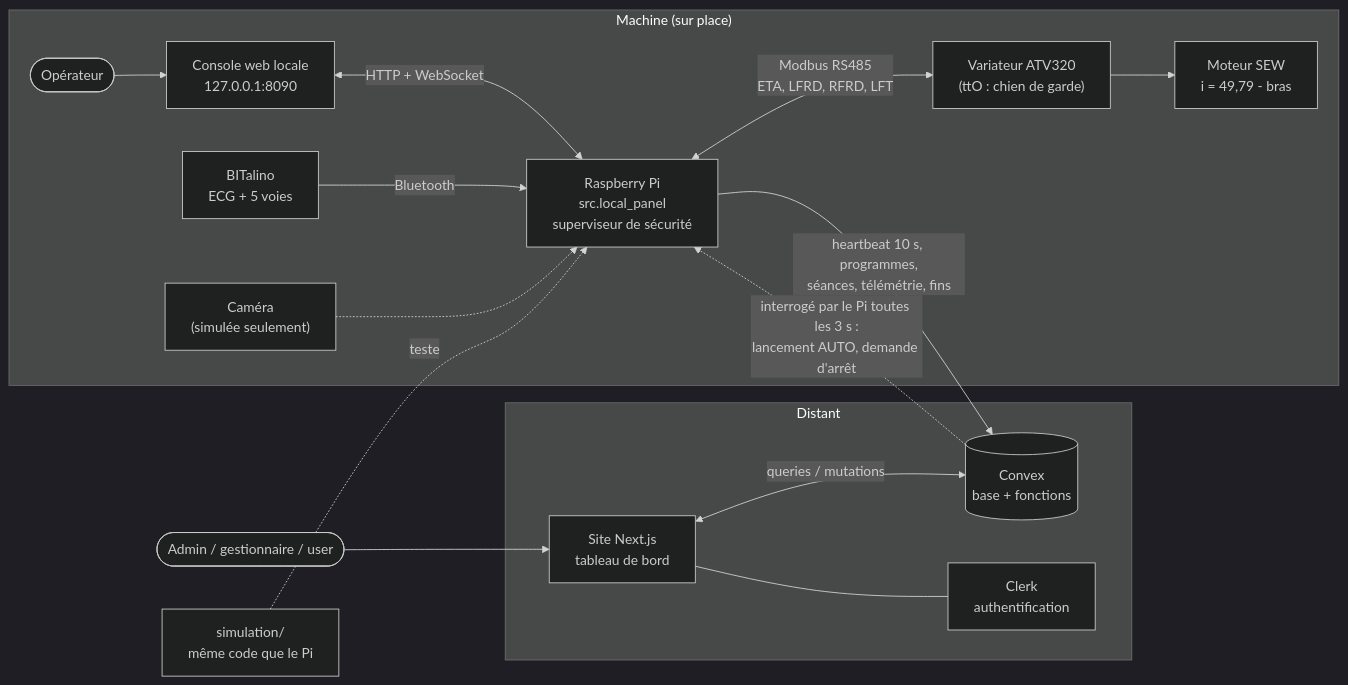
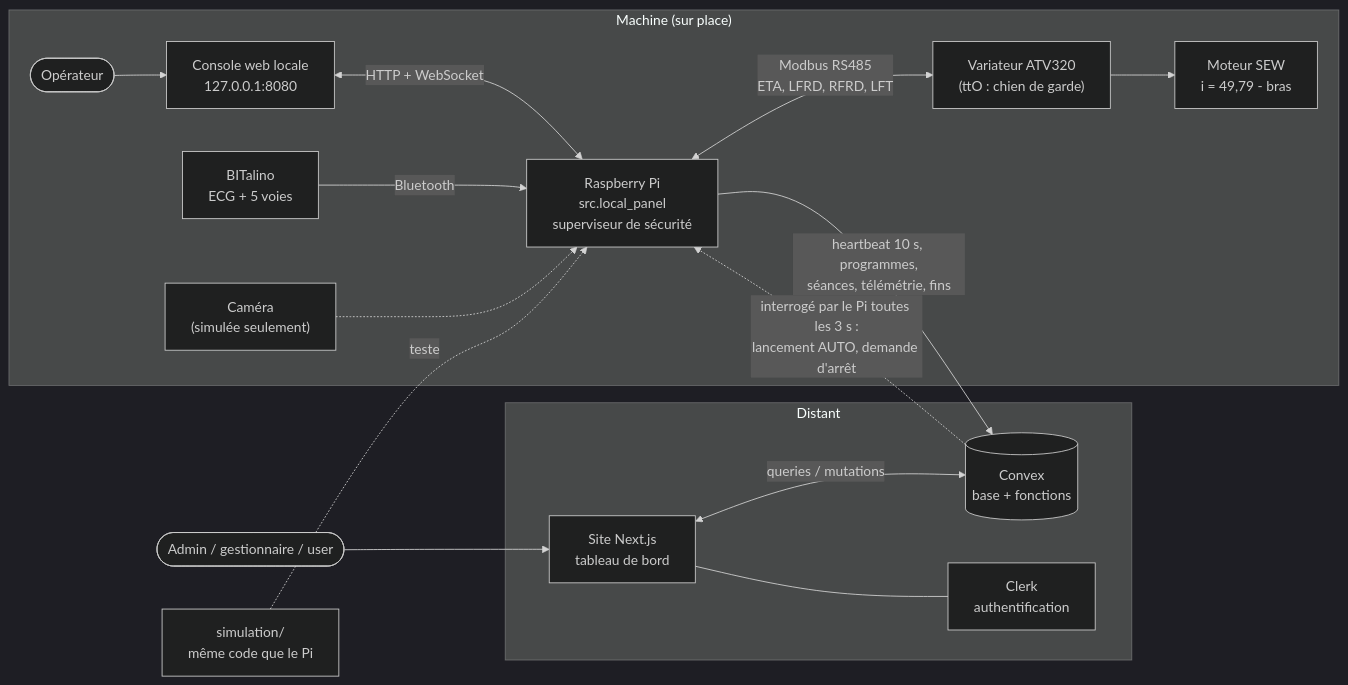
One commit to anheartpro-byte/Anheart changed the diagram in docs/README.md. Above: the diagram before and after it, drawn with Mermaid (dark theme). The commit also changed 6 other files, not shown here.

````diff
--- a/docs/README.md
+++ b/docs/README.md
@@ -54,33 +54,33 @@
 ```mermaid
 flowchart LR
     subgraph Machine["Machine (sur place)"]
         OP([Opérateur])
-        UI["Console web locale<br/>127.0.0.1:8090"]
+        UI["Console web locale<br/>127.0.0.1:8080"]
         PI["Raspberry Pi<br/>src.local_panel<br/>superviseur de sécurité"]
         VFD["Variateur ATV320<br/>(ttO : chien de garde)"]
         MOT["Moteur SEW<br/>i = 49,79 - bras"]
         BIT["BITalino<br/>ECG + 5 voies"]
         CAM["Caméra<br/>(simulée seulement)"]
         OP --> UI
         UI <-->|HTTP + WebSocket| PI
         PI <-->|Modbus RS485<br/>ETA, LFRD, RFRD, LFT| VFD
         VFD --> MOT
         BIT -->|Bluetooth| PI
         CAM -.-> PI
     end
 
     subgraph Cloud["Distant"]
         CVX[("Convex<br/>base + fonctions")]
         WEB["Site Next.js<br/>tableau de bord"]
         CLK["Clerk<br/>authentification"]
         WEB <-->|queries / mutations| CVX
         WEB --- CLK
     end
 
     USR([Admin / gestionnaire / user]) --> WEB
 
     PI -->|"heartbeat 10 s, programmes,<br/>séances, télémétrie, fins"| CVX
     CVX -.->|"interrogé par le Pi toutes les 3 s :<br/>lancement AUTO, demande d'arrêt"| PI
 
     SIM["simulation/<br/>même code que le Pi"] -.->|teste| PI
 ```
````
